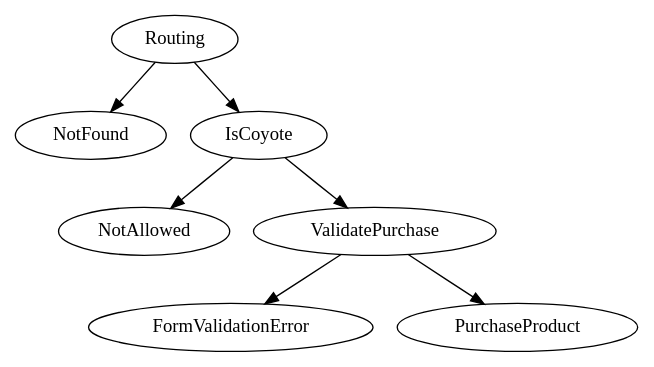
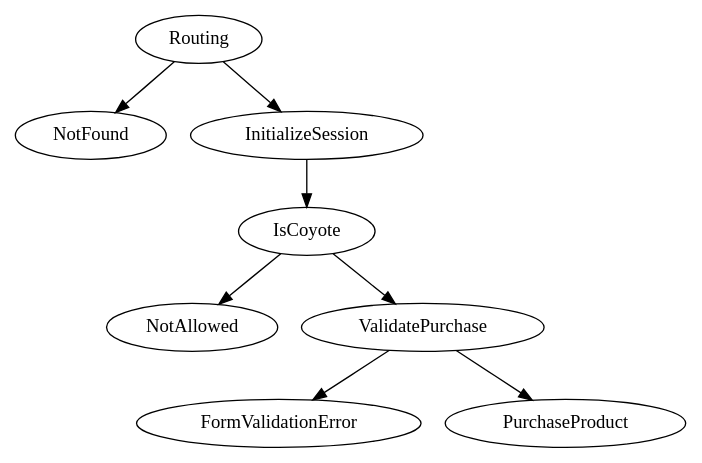
Before and after one commit to Ocramius/from-helpers-to-middleware: the diagram in examples/middleware/purchase-pipeline.dot, drawn with Graphviz. The commit also changed 1 other file, not shown here.

Commit message:
Adding session initialization middleware

```diff
--- a/examples/middleware/purchase-pipeline.dot
+++ b/examples/middleware/purchase-pipeline.dot
@@ -1,8 +1,9 @@
 digraph App {
     Routing -> NotFound
-    Routing -> IsCoyote
+    Routing -> InitializeSession
+    InitializeSession -> IsCoyote
     IsCoyote -> NotAllowed
     IsCoyote -> ValidatePurchase
     ValidatePurchase -> FormValidationError
     ValidatePurchase -> PurchaseProduct
 }
```
